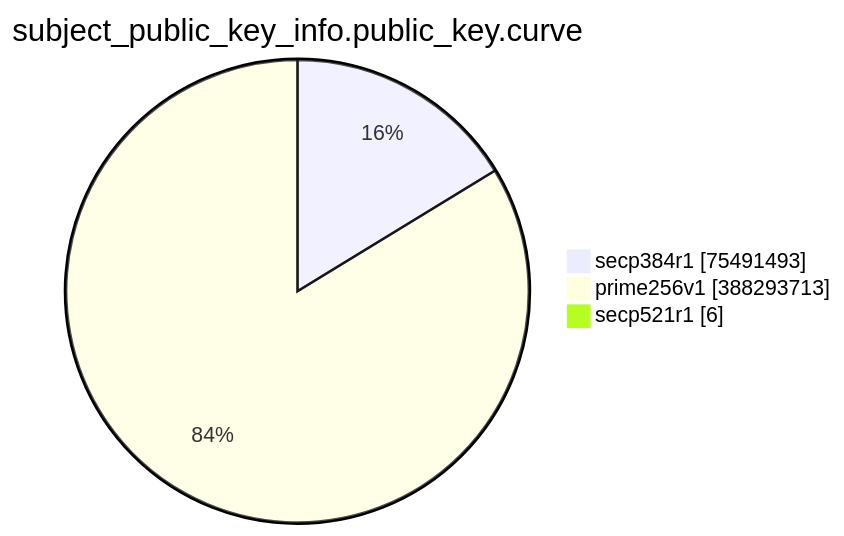
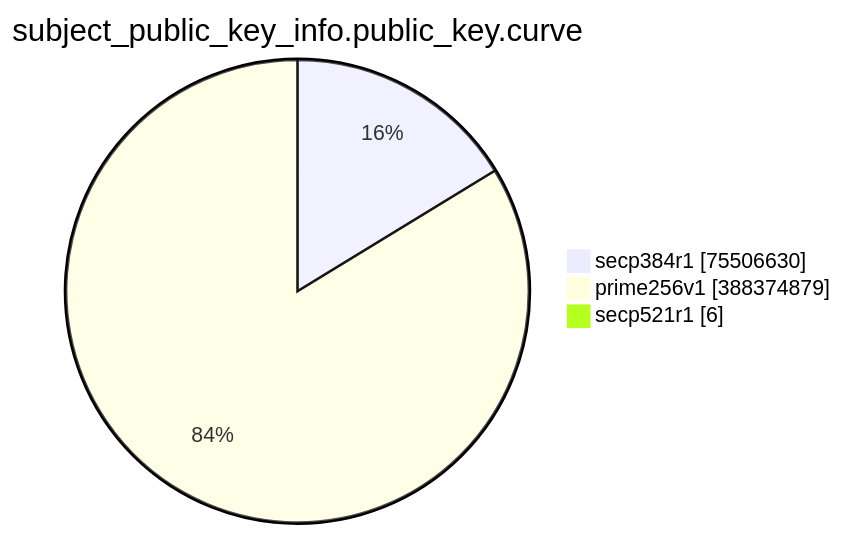
One commit to christiankrug/ctmonitor_visualization changed the eighth of 15 diagrams in TOTAL/README.md. Above: the diagram before and after it, drawn with Mermaid. The commit also changed other lines of this file, not shown here.

````diff
--- a/TOTAL/README.md
+++ b/TOTAL/README.md
@@ -3094,7 +3094,7 @@
 ```mermaid
 pie showData
 title subject_public_key_info.public_key.curve
-"secp384r1" :75491493
-"prime256v1" :388293713
+"secp384r1" :75506630
+"prime256v1" :388374879
 "secp521r1" :6
 ```
````
